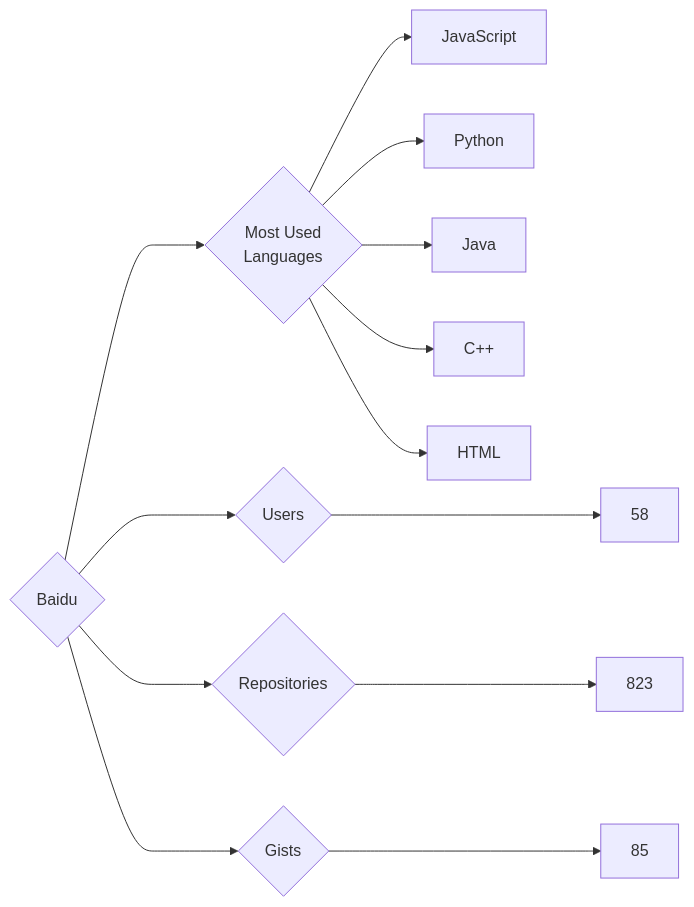
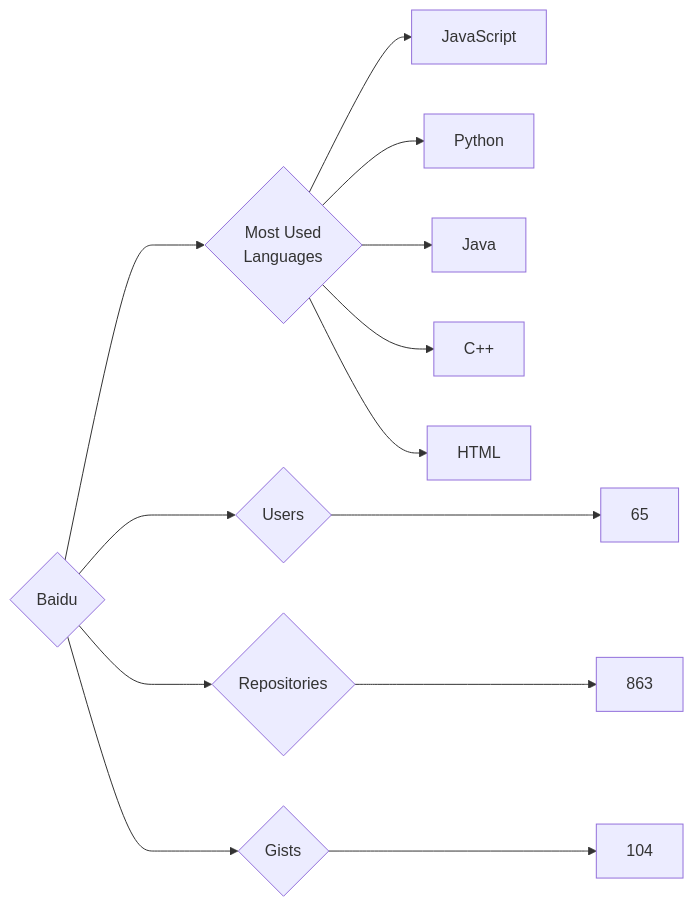
The diagram in targets/Baidu/README.md (trickest/insiders), drawn with Mermaid before and after one commit. The commit also changed 676 other files, not shown here.

````diff
--- a/targets/Baidu/README.md
+++ b/targets/Baidu/README.md
@@ -3,13 +3,13 @@
 ```mermaid
 graph LR
 COMPANY_NAME{Baidu}
-COMPANY_NAME ---> U{Users} ---> UN[58]
-COMPANY_NAME ---> R{Repositories} ---> RN[823]
-COMPANY_NAME ---> G{Gists} ---> GN[85]
+COMPANY_NAME ---> U{Users} ---> UN[65]
+COMPANY_NAME ---> R{Repositories} ---> RN[863]
+COMPANY_NAME ---> G{Gists} ---> GN[104]
 COMPANY_NAME ---> ML{Most Used<br>Languages}
 ML --> JavaScript[JavaScript]
 ML --> Python[Python]
 ML --> Java[Java]
 ML --> C++[C++]
 ML --> HTML[HTML]
 ```
````
